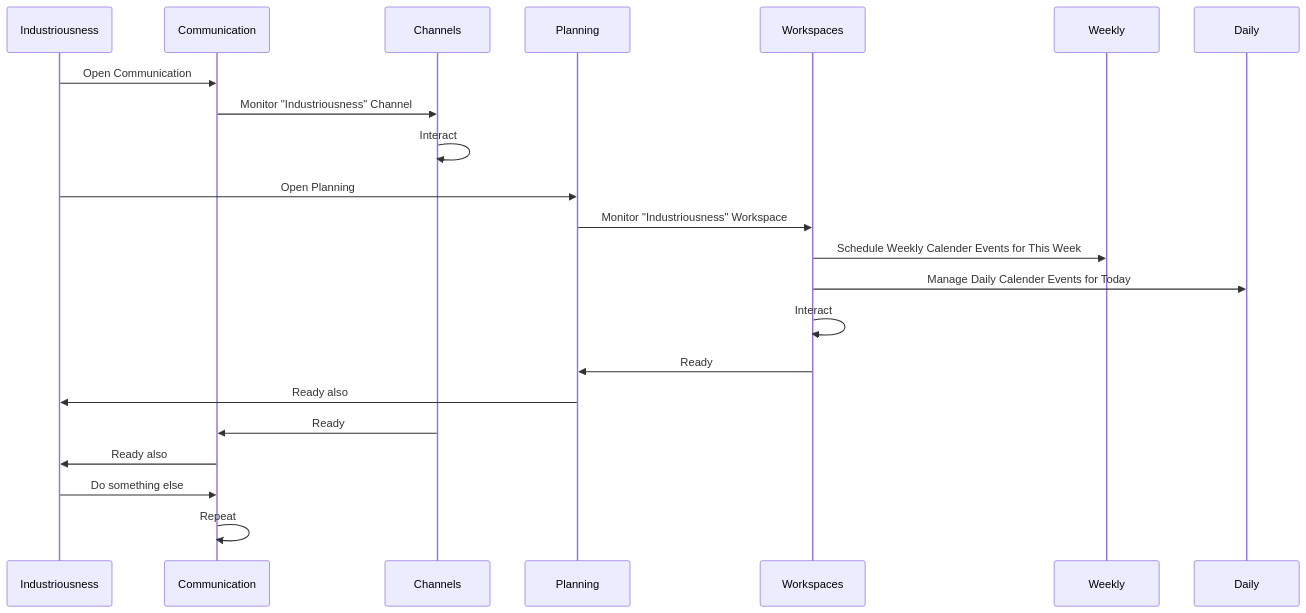
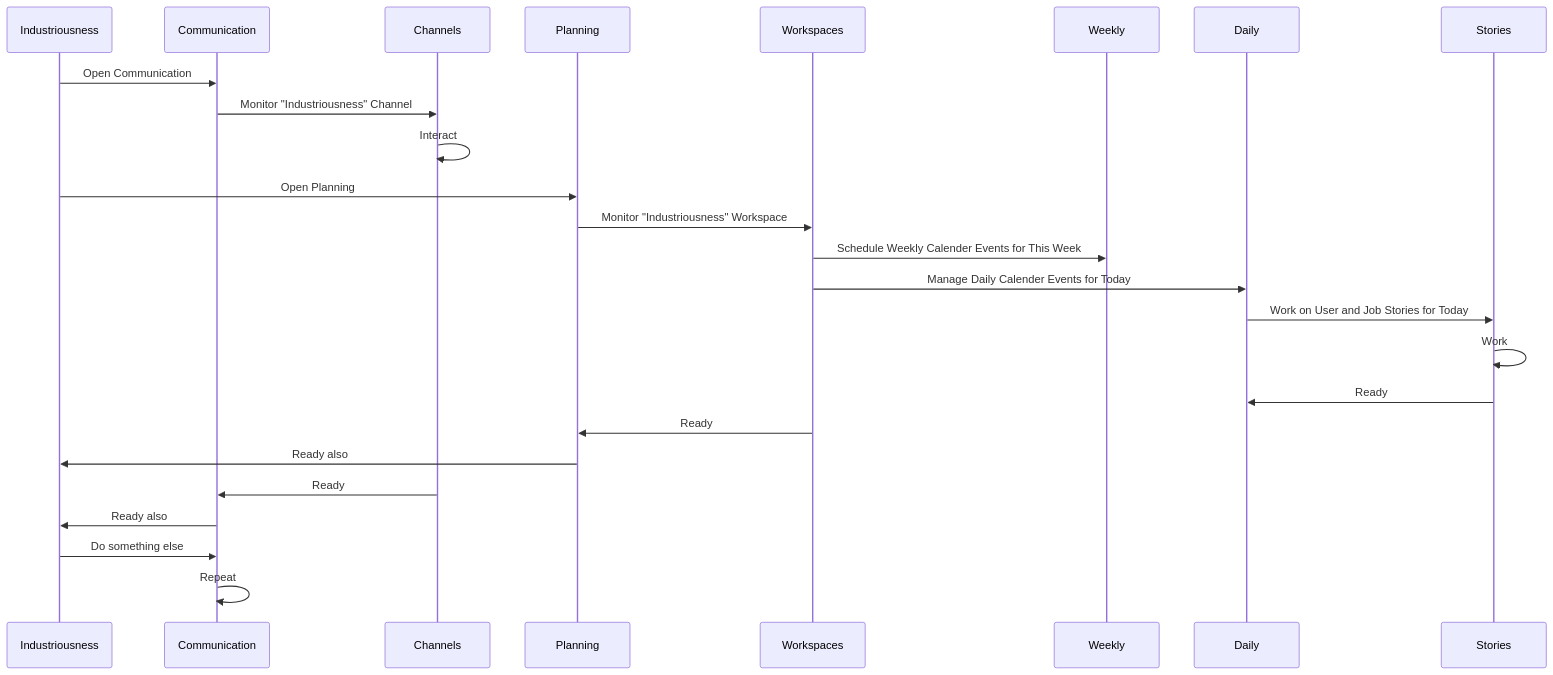
The second of 2 diagrams in 300/README.md (vanHeemstraSystems/industriousness), drawn with Mermaid before and after one commit. The commit also changed other lines of this file, not shown here.

````diff
--- a/300/README.md
+++ b/300/README.md
@@ -21,24 +21,26 @@
 ```mermaid
 sequenceDiagram
     participant Industriousness
     participant Communication
     participant Channels
     participant Planning
     participant Workspaces
     participant Weekly
     participant Daily
     Industriousness->>Communication: Open Communication
     Communication->>Channels: Monitor "Industriousness" Channel
     Channels->>Channels: Interact
     Industriousness->>Planning: Open Planning
     Planning->>Workspaces: Monitor "Industriousness" Workspace
     Workspaces->>Weekly: Schedule Weekly Calender Events for This Week
     Workspaces->>Daily: Manage Daily Calender Events for Today
-    Workspaces->>Workspaces: Interact
+    Daily->>Stories: Work on User and Job Stories for Today
+    Stories->>Stories: Work
+    Stories->>Daily: Ready
     Workspaces->>Planning: Ready
     Planning->>Industriousness: Ready also
     Channels->>Communication: Ready
     Communication->>Industriousness: Ready also
     Industriousness->>Communication: Do something else
     Communication->>Communication: Repeat
 ```
````
